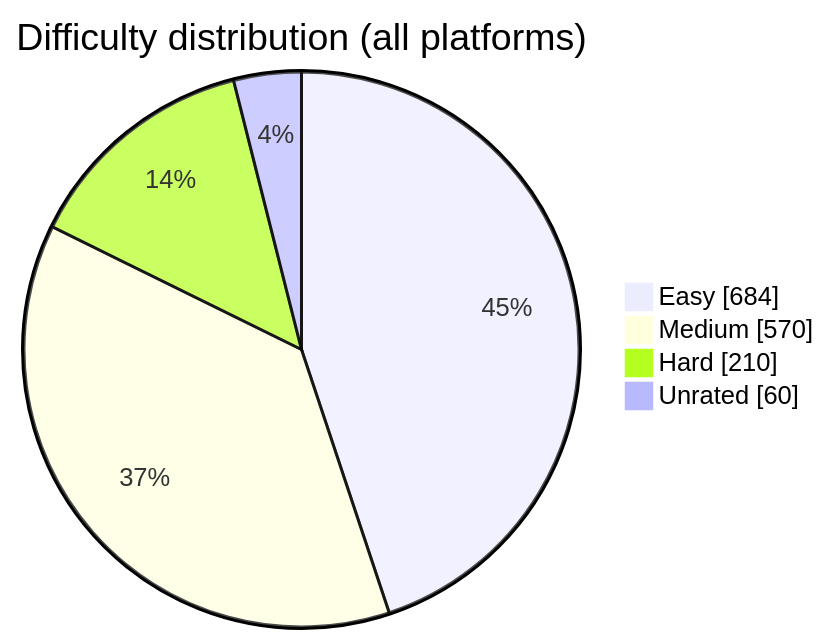
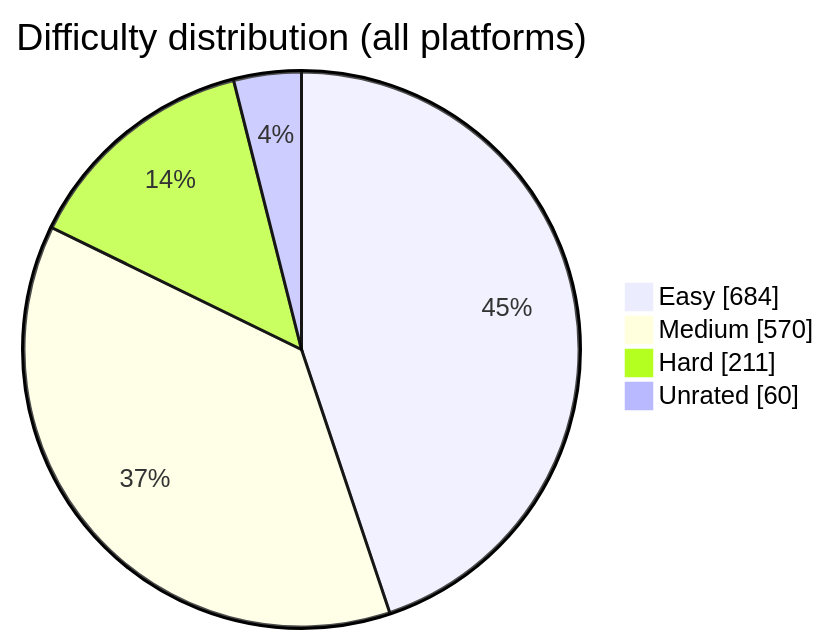
Before and after one commit to BuildbyArindam/Daily-Coding-Log: the diagram in README.md, drawn with Mermaid. The commit also changed other lines of this file, not shown here.

````diff
--- a/README.md
+++ b/README.md
@@ -93,7 +93,7 @@
 ```mermaid
 pie showData title Difficulty distribution (all platforms)
     "Easy" : 684
     "Medium" : 570
-    "Hard" : 210
+    "Hard" : 211
     "Unrated" : 60
 ```
````
